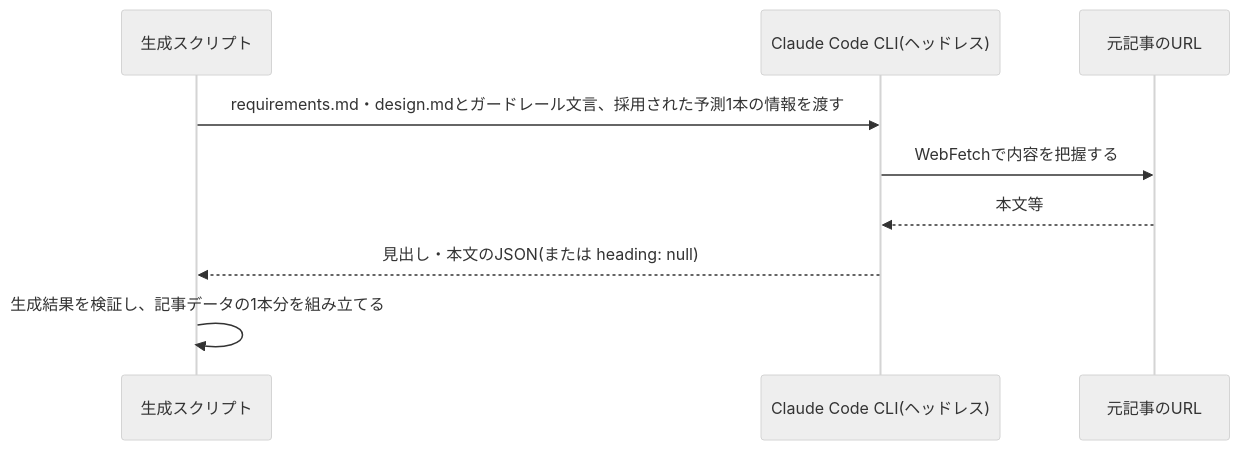
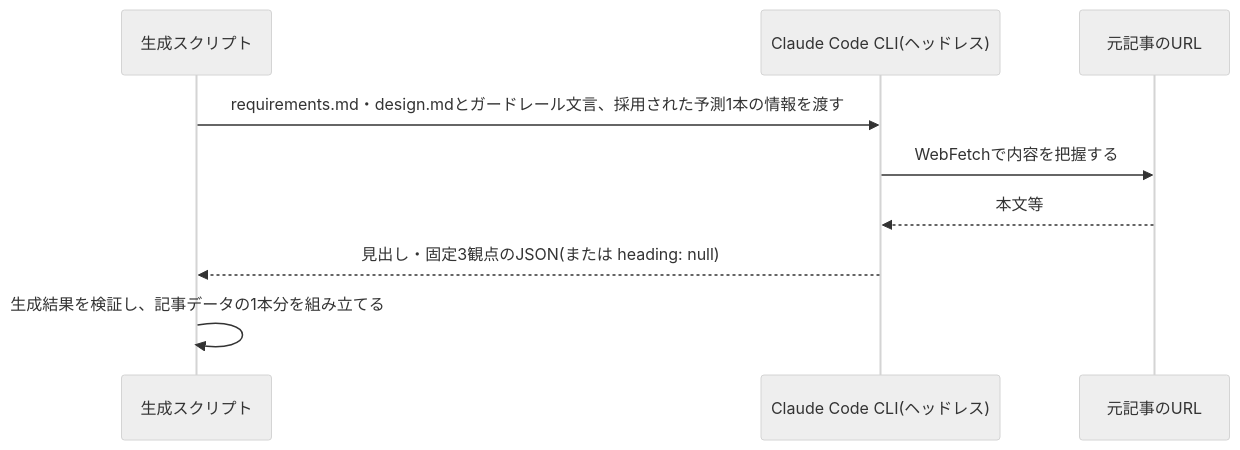
One commit to zakiyama0108/benriyatool changed the diagram in specs/future-digest/content-generation/design.md. Above: the diagram before and after it, drawn with Mermaid (neutral theme). The commit also changed other lines of this file and 5 other files, not shown here.

First line of the commit message:
spec(future-digest): 固定3観点(いつ/根拠/影響)と図解機能を追加 (#357)

````diff
--- a/specs/future-digest/content-generation/design.md
+++ b/specs/future-digest/content-generation/design.md
@@ -27,12 +43,12 @@
 ```mermaid
 sequenceDiagram
     participant script as 生成スクリプト
     participant claude as Claude Code CLI(ヘッドレス)
     participant source as 元記事のURL
 
     script ->> claude: requirements.md・design.mdとガードレール文言、採用された予測1本の情報を渡す
     claude ->> source: WebFetchで内容を把握する
     source -->> claude: 本文等
-    claude -->> script: 見出し・本文のJSON(または heading: null)
+    claude -->> script: 見出し・固定3観点のJSON(または heading: null)
     script ->> script: 生成結果を検証し、記事データの1本分を組み立てる
 ```
````
